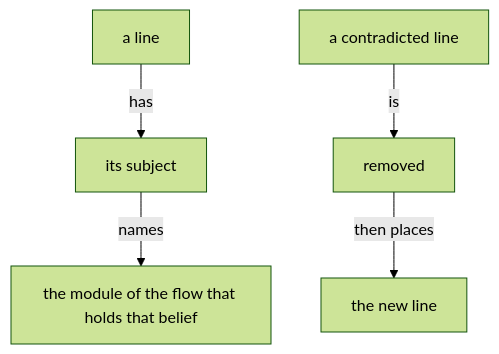
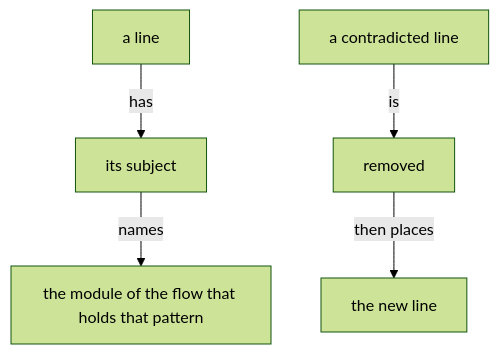
The third of 4 diagrams in vision/belief-modules/0.md (LiGoldragon/psyche-belief), drawn with Mermaid (forest theme) before and after one commit. The commit also changed other lines of this file and 15 other files, not shown here.

First line of the commit message:
vision: belief becomes pattern, throughout (the living's word)

````diff
--- a/vision/belief-modules/0.md
+++ b/vision/belief-modules/0.md
@@ -80,7 +80,7 @@
 ```mermaid
 flowchart TB
     a["a line"] -- "has" --> b["its subject"]
-    b -- "names" --> c["the module of the flow that holds that belief"]
+    b -- "names" --> c["the module of the flow that holds that pattern"]
     d["a contradicted line"] -- "is" --> e["removed"]
     e -- "then places" --> g["the new line"]
 ```
````
